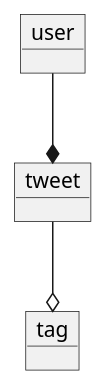
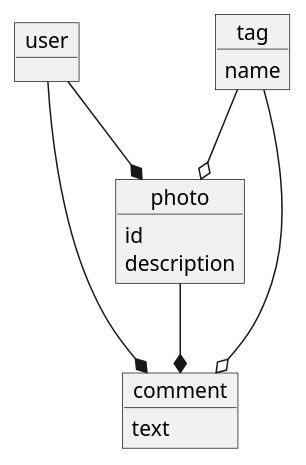
Before and after one commit to sangpire/sangpire.github.io: the second of 3 diagrams in source/_drafts/초간단-서비스-만들기.md, drawn with PlantUML. The commit also changed other lines of this file and 1 other file, not shown here.

```diff
--- a/source/_drafts/초간단-서비스-만들기.md
+++ b/source/_drafts/초간단-서비스-만들기.md
@@ -28,8 +55,20 @@
 {% plantuml %}
 object user
-object tweet
+
+object photo
+photo : id
+photo : description
+
+object comment
+comment : text
+
 object tag
+tag : name
 
-user --* tweet
-tweet --o tag
+user --* photo
+photo --* comment
+user --* comment
+tag --o photo
+tag --o comment
+
 {% endplantuml %}
```
